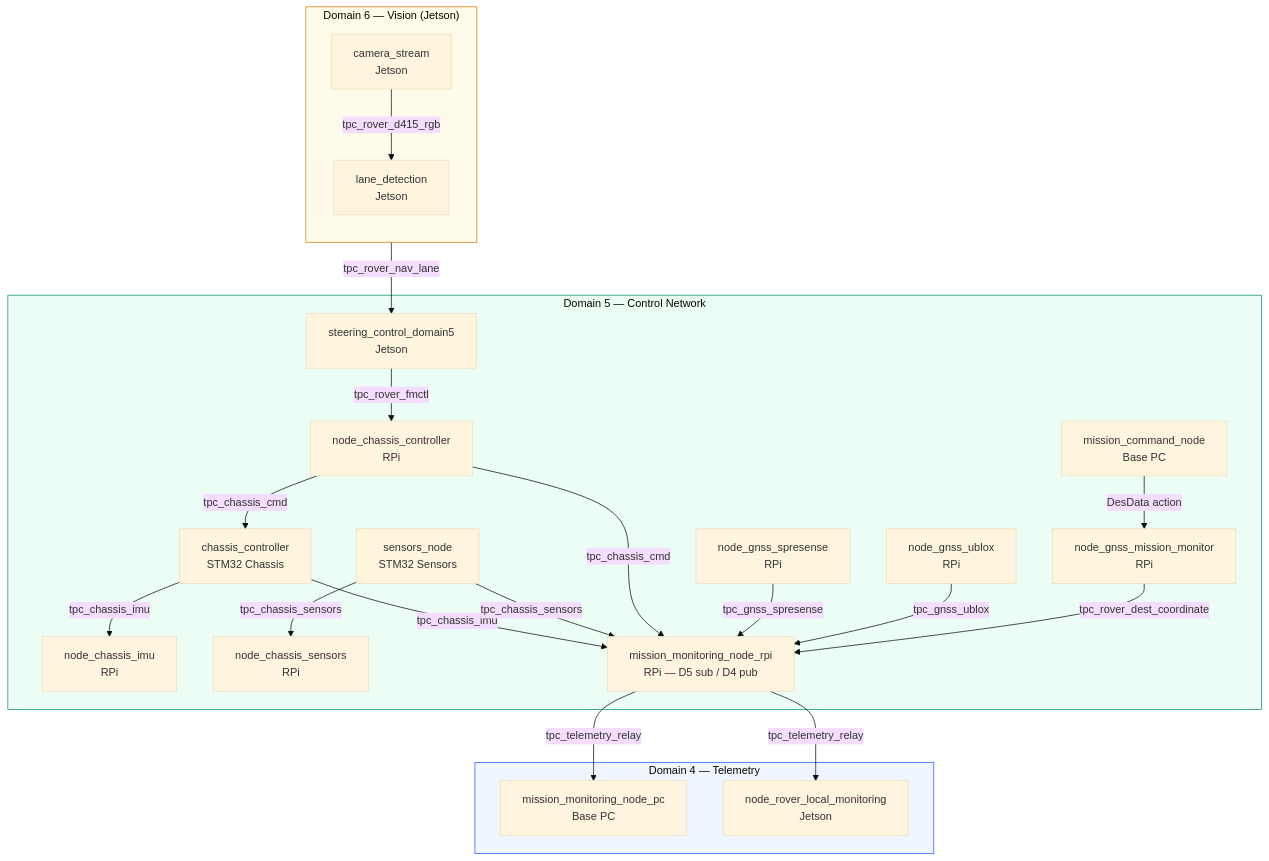
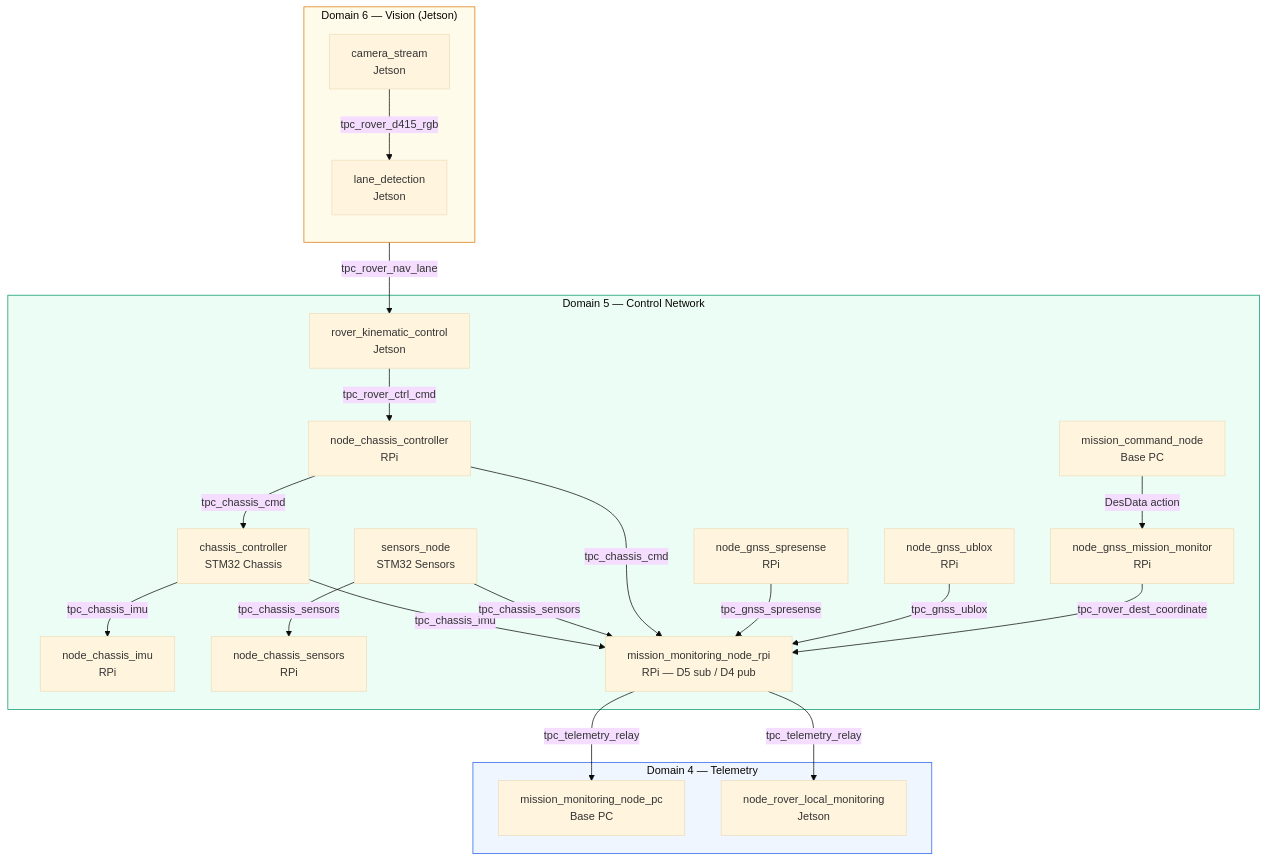
One commit to RoboticsGG/almondmatcha changed the second of 2 diagrams in README.md. Above: the diagram before and after it, drawn with Mermaid. The commit also changed other lines of this file and 45 other files, not shown here.

First line of the commit message:
refactor: rover kinematic control — tpc_rover_fmctl → tpc_rover_ctrl_cmd

````diff
--- a/README.md
+++ b/README.md
@@ -61,48 +61,48 @@
 ```mermaid
 %%{init: {'theme': 'base', 'themeVariables': {'fontSize': '15px', 'fontFamily': 'Segoe UI, Arial, sans-serif'}}}%%
 graph TB
     subgraph D6["Domain 6 — Vision (Jetson)"]
         direction TB
         CAM["camera_stream<br/>Jetson"]
         LANE["lane_detection<br/>Jetson"]
         CAM -- "tpc_rover_d415_rgb" --> LANE
     end
 
     subgraph D5["Domain 5 — Control Network"]
-        STR["steering_control_domain5<br/>Jetson"]
+        STR["rover_kinematic_control<br/>Jetson"]
         CC["node_chassis_controller<br/>RPi"]
         IMU_N["node_chassis_imu<br/>RPi"]
         SENS_N["node_chassis_sensors<br/>RPi"]
         SPRES["node_gnss_spresense<br/>RPi"]
         RTK["node_gnss_ublox<br/>RPi"]
         NAV["node_gnss_mission_monitor<br/>RPi"]
         MON["mission_monitoring_node_rpi<br/>RPi — D5 sub / D4 pub"]
         CHD["chassis_controller<br/>STM32 Chassis"]
         SND["sensors_node<br/>STM32 Sensors"]
         BCMD["mission_command_node<br/>Base PC"]
     end
 
     subgraph D4["Domain 4 — Telemetry"]
         BMON["mission_monitoring_node_pc<br/>Base PC"]
         JMON["node_rover_local_monitoring<br/>Jetson"]
     end
 
     LANE -- "tpc_rover_nav_lane" --> STR
-    STR -- "tpc_rover_fmctl" --> CC
+    STR -- "tpc_rover_ctrl_cmd" --> CC
     CC -- "tpc_chassis_cmd" --> CHD
     CHD -- "tpc_chassis_imu" --> IMU_N
     CHD -- "tpc_chassis_imu" --> MON
     SND -- "tpc_chassis_sensors" --> SENS_N
     SND -- "tpc_chassis_sensors" --> MON
     CC -- "tpc_chassis_cmd" --> MON
     SPRES -- "tpc_gnss_spresense" --> MON
     RTK -- "tpc_gnss_ublox" --> MON
     NAV -- "tpc_rover_dest_coordinate" --> MON
     BCMD -- "DesData action" --> NAV
     MON -- "tpc_telemetry_relay" --> BMON
     MON -- "tpc_telemetry_relay" --> JMON
 
     style D6 fill:#fffbeb,stroke:#d97706
     style D5 fill:#ecfdf5,stroke:#059669
     style D4 fill:#eff6ff,stroke:#2563eb
 ```
````
